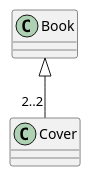
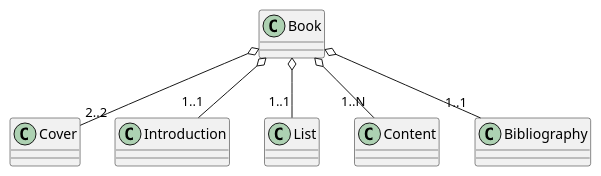
One commit to 63030042Nanraya/OOP-2564-Week-05 changed diagram 11 of 12 in 63030079/Assigment-Week-05.md. Above: the diagram before and after it, drawn with PlantUML. The commit also changed other lines of this file, not shown here.

````diff
--- a/63030079/Assigment-Week-05.md
+++ b/63030079/Assigment-Week-05.md
@@ -206,10 +216,18 @@
 ``` puml
 @startuml 
 
 class Book{}
 class Cover{}
-Book <|-- "2..2" Cover
-' Todo: ทำให้สมบูรณ์
+class Introduction{}
+class List{}
+class Content{}
+class Bibliography{}
+
+Book o-- "2..2" Cover
+Book o-- "1..1" Introduction
+Book o-- "1..1" List
+Book o-- "1..N" Content
+Book o-- "1..1" Bibliography
 
 @enduml 
 ```
````
